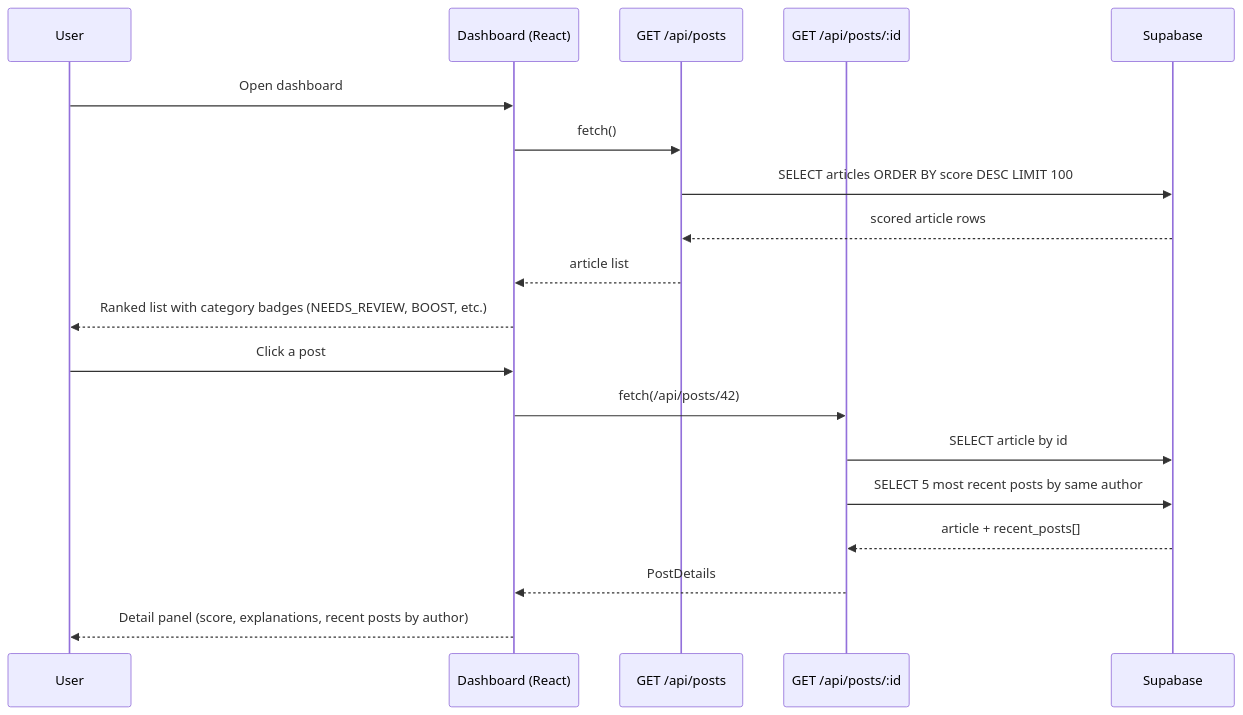
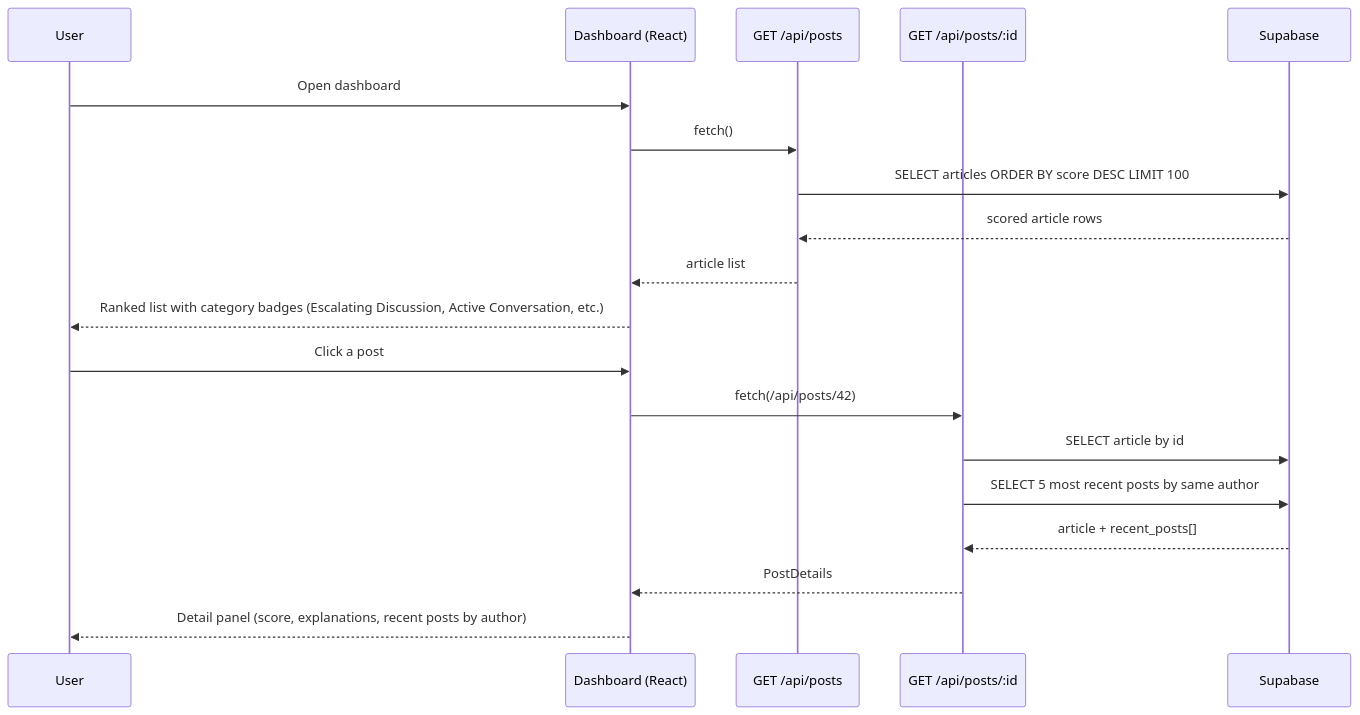
The third of 3 diagrams in README.md (ChecKMarKDevTools/forem-community-dashboard), drawn with Mermaid before and after one commit. The commit also changed other lines of this file and 6 other files, not shown here.

````diff
--- a/README.md
+++ b/README.md
@@ -71,23 +71,23 @@
 ```mermaid
 sequenceDiagram
   participant U as User
   participant D as Dashboard (React)
   participant Posts as GET /api/posts
   participant Detail as GET /api/posts/:id
   participant SB as Supabase
 
   U->>D: Open dashboard
   D->>Posts: fetch()
   Posts->>SB: SELECT articles ORDER BY score DESC LIMIT 100
   SB-->>Posts: scored article rows
   Posts-->>D: article list
-  D-->>U: Ranked list with category badges (NEEDS_REVIEW, BOOST, etc.)
+  D-->>U: Ranked list with category badges (Escalating Discussion, Active Conversation, etc.)
 
   U->>D: Click a post
   D->>Detail: fetch(/api/posts/42)
   Detail->>SB: SELECT article by id
   Detail->>SB: SELECT 5 most recent posts by same author
   SB-->>Detail: article + recent_posts[]
   Detail-->>D: PostDetails
   D-->>U: Detail panel (score, explanations, recent posts by author)
 ```
````
